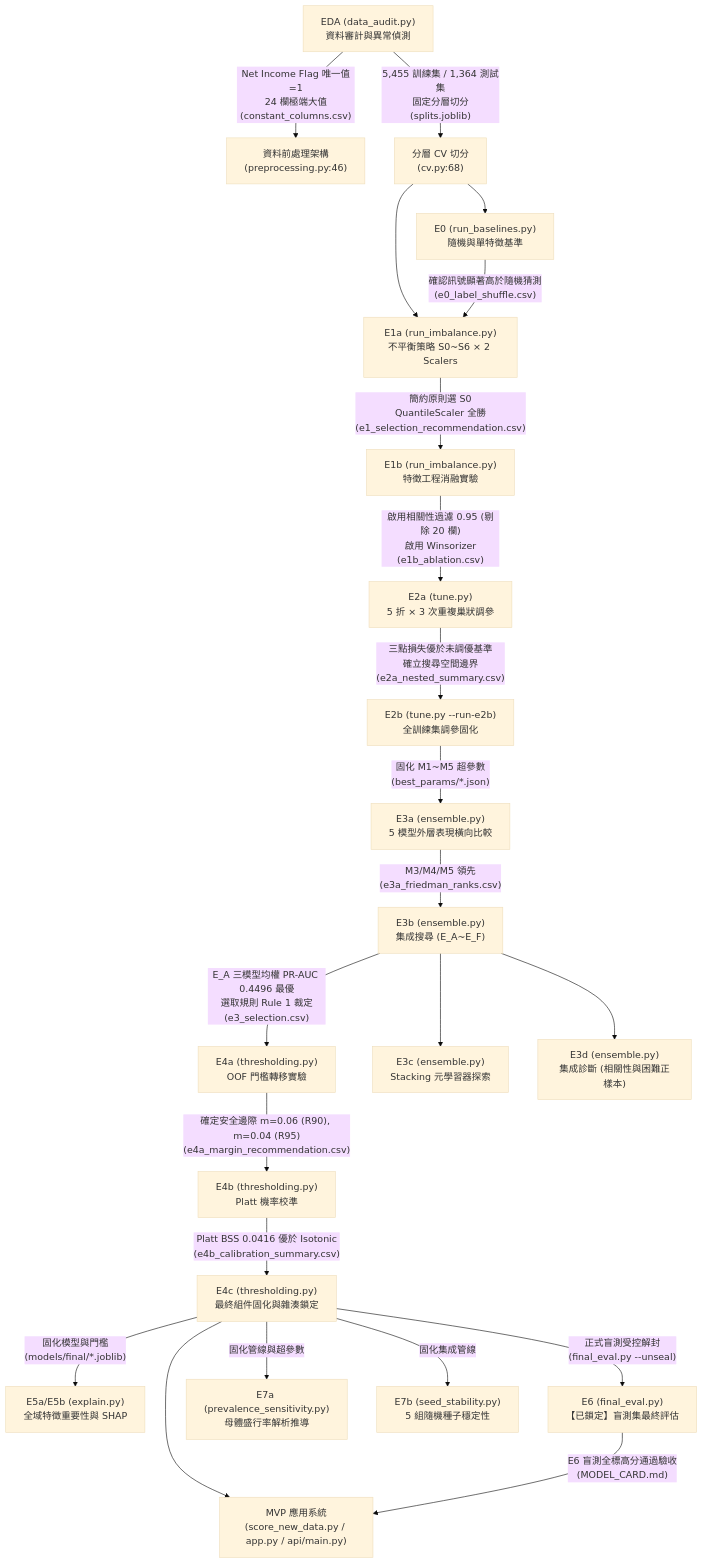
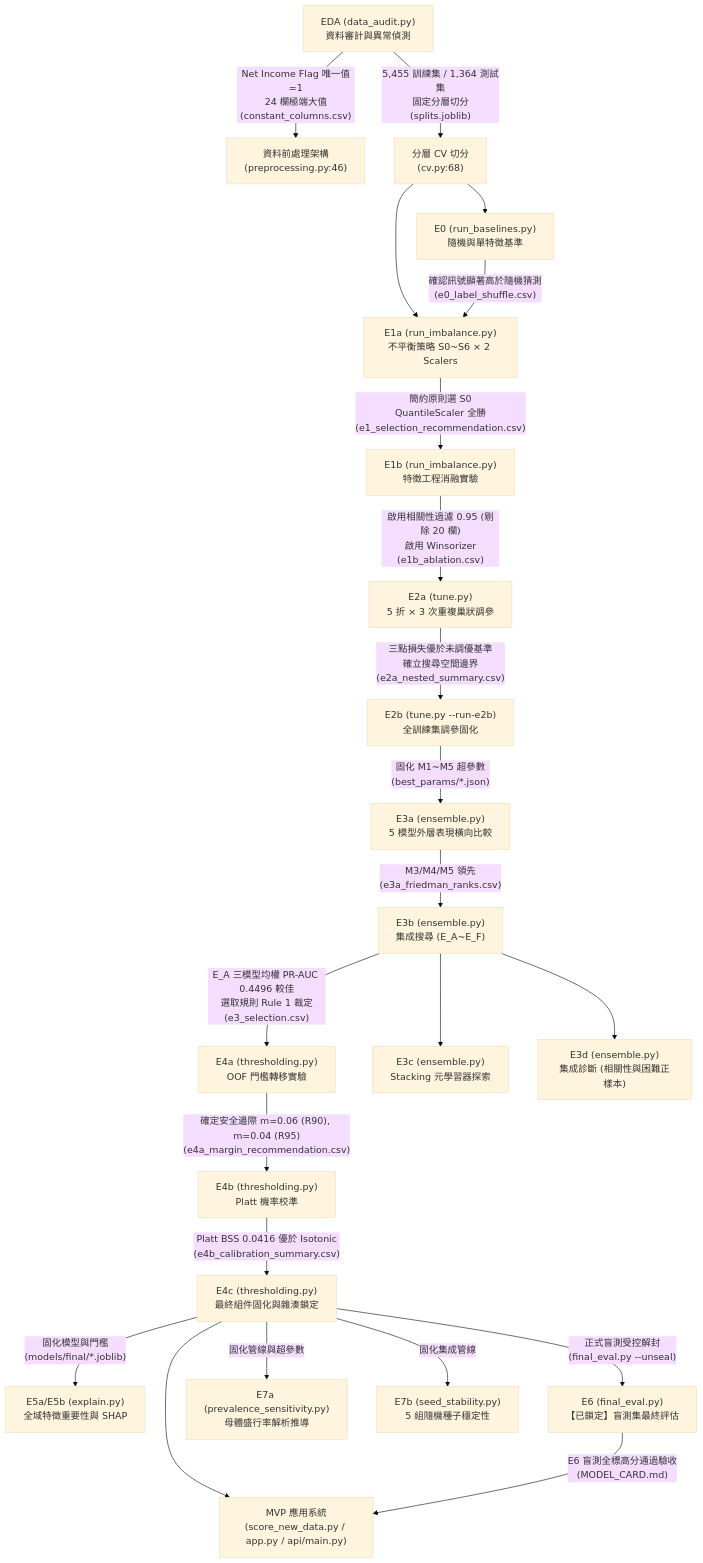
The diagram in docs/code_learning/04_實驗操作指南.md (MooreCheng-code/test), drawn with Mermaid (base theme) before and after one commit. The commit also changed other lines of this file and 51 other files, not shown here.

````diff
--- a/docs/code_learning/04_實驗操作指南.md
+++ b/docs/code_learning/04_實驗操作指南.md
@@ -17,37 +17,37 @@
 ```mermaid
 flowchart TD
     EDA["EDA (data_audit.py)<br>資料審計與異常偵測"] -->|"Net Income Flag 唯一值=1<br>24 欄極端大值<br>(constant_columns.csv)"| PRE["資料前處理架構<br>(preprocessing.py:46)"]
     EDA -->|"5,455 訓練集 / 1,364 測試集<br>固定分層切分<br>(splits.joblib)"| SPLIT["分層 CV 切分<br>(cv.py:68)"]
     
     SPLIT --> E0["E0 (run_baselines.py)<br>隨機與單特徵基準"]
     SPLIT --> E1a["E1a (run_imbalance.py)<br>不平衡策略 S0~S6 × 2 Scalers"]
     
     E0 -->|"確認訊號顯著高於隨機猜測<br>(e0_label_shuffle.csv)"| E1a
     
     E1a -->|"簡約原則選 S0<br>QuantileScaler 全勝<br>(e1_selection_recommendation.csv)"| E1b["E1b (run_imbalance.py)<br>特徵工程消融實驗"]
     
     E1b -->|"啟用相關性過濾 0.95 (剔除 20 欄)<br>啟用 Winsorizer<br>(e1b_ablation.csv)"| E2a["E2a (tune.py)<br>5 折 × 3 次重複巢狀調參"]
     
     E2a -->|"三點損失優於未調優基準<br>確立搜尋空間邊界<br>(e2a_nested_summary.csv)"| E2b["E2b (tune.py --run-e2b)<br>全訓練集調參固化"]
     
     E2b -->|"固化 M1~M5 超參數<br>(best_params/*.json)"| E3a["E3a (ensemble.py)<br>5 模型外層表現橫向比較"]
     
     E3a -->|"M3/M4/M5 領先<br>(e3a_friedman_ranks.csv)"| E3b["E3b (ensemble.py)<br>集成搜尋 (E_A~E_F)"]
     
-    E3b -->|"E_A 三模型均權 PR-AUC 0.4496 最優<br>選取規則 Rule 1 裁定<br>(e3_selection.csv)"| E4a["E4a (thresholding.py)<br>OOF 門檻轉移實驗"]
+    E3b -->|"E_A 三模型均權 PR-AUC 0.4496 較佳<br>選取規則 Rule 1 裁定<br>(e3_selection.csv)"| E4a["E4a (thresholding.py)<br>OOF 門檻轉移實驗"]
     
     E3b --> E3c["E3c (ensemble.py)<br>Stacking 元學習器探索"]
     E3b --> E3d["E3d (ensemble.py)<br>集成診斷 (相關性與困難正樣本)"]
     
     E4a -->|"確定安全邊際 m=0.06 (R90), m=0.04 (R95)<br>(e4a_margin_recommendation.csv)"| E4b["E4b (thresholding.py)<br>Platt 機率校準"]
     
     E4b -->|"Platt BSS 0.0416 優於 Isotonic<br>(e4b_calibration_summary.csv)"| E4c["E4c (thresholding.py)<br>最終組件固化與雜湊鎖定"]
     
     E4c -->|"固化模型與門檻<br>(models/final/*.joblib)"| E5a["E5a/E5b (explain.py)<br>全域特徵重要性與 SHAP"]
     E4c -->|"正式盲測受控解封<br>(final_eval.py --unseal)"| E6["E6 (final_eval.py)<br>【已鎖定】盲測集最終評估"]
     E4c -->|"固化管線與超參數"| E7a["E7a (prevalence_sensitivity.py)<br>母體盛行率解析推導"]
     E4c -->|"固化集成管線"| E7b["E7b (seed_stability.py)<br>5 組隨機種子穩定性"]
     
     E4c --> MVP["MVP 應用系統<br>(score_new_data.py / app.py / api/main.py)"]
     E6 -->|"E6 盲測全標高分通過驗收<br>(MODEL_CARD.md)"| MVP
 ```
````
